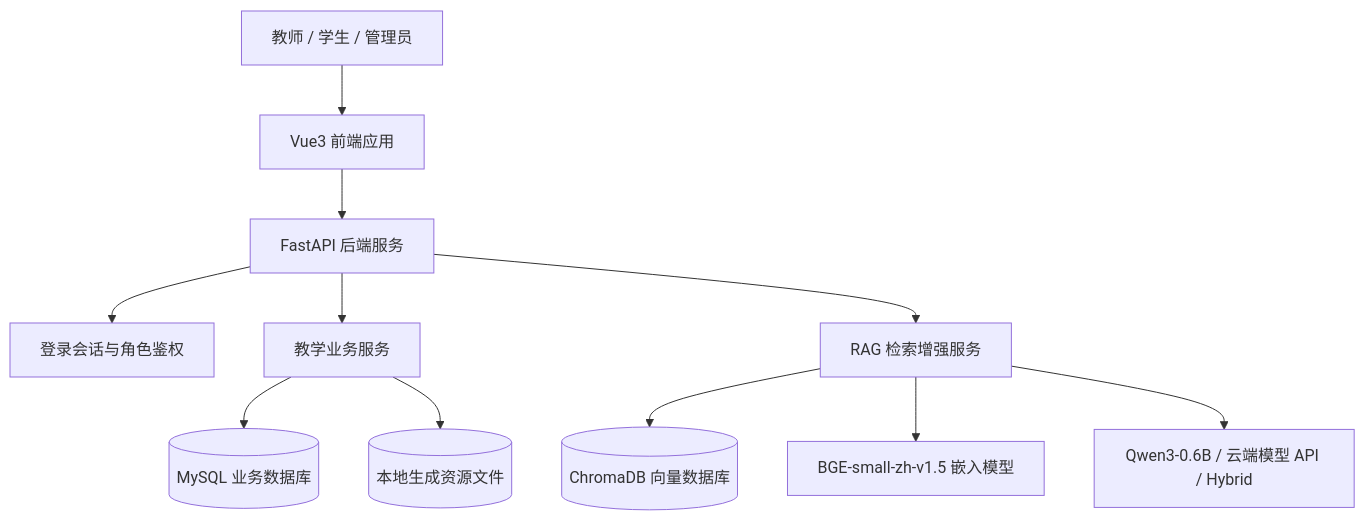
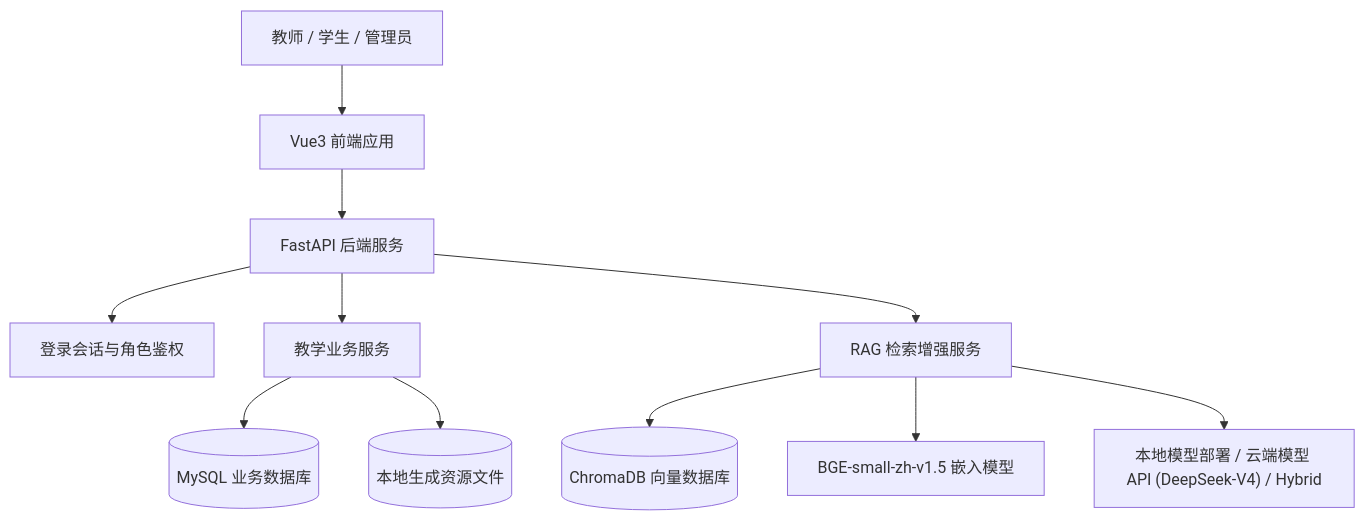
One commit to SPM-PSP/SPM26-10 changed the first of 3 diagrams in README.md. Above: the diagram before and after it, drawn with Mermaid. The commit also changed other lines of this file, not shown here.

Commit message:
更新README

````diff
--- a/README.md
+++ b/README.md
@@ -93,15 +93,15 @@
 ```mermaid
 flowchart TB
     User["教师 / 学生 / 管理员"] --> Frontend["Vue3 前端应用"]
     Frontend --> Backend["FastAPI 后端服务"]
 
     Backend --> Auth["登录会话与角色鉴权"]
     Backend --> Service["教学业务服务"]
     Backend --> RAG["RAG 检索增强服务"]
 
     Service --> MySQL[(MySQL 业务数据库)]
     Service --> Files[(本地生成资源文件)]
     RAG --> Chroma[(ChromaDB 向量数据库)]
     RAG --> Embed["BGE-small-zh-v1.5 嵌入模型"]
-    RAG --> LLM["Qwen3-0.6B / 云端模型 API / Hybrid"]
+    RAG --> LLM["本地模型部署 / 云端模型 API (DeepSeek-V4) / Hybrid"]
 ```
````
